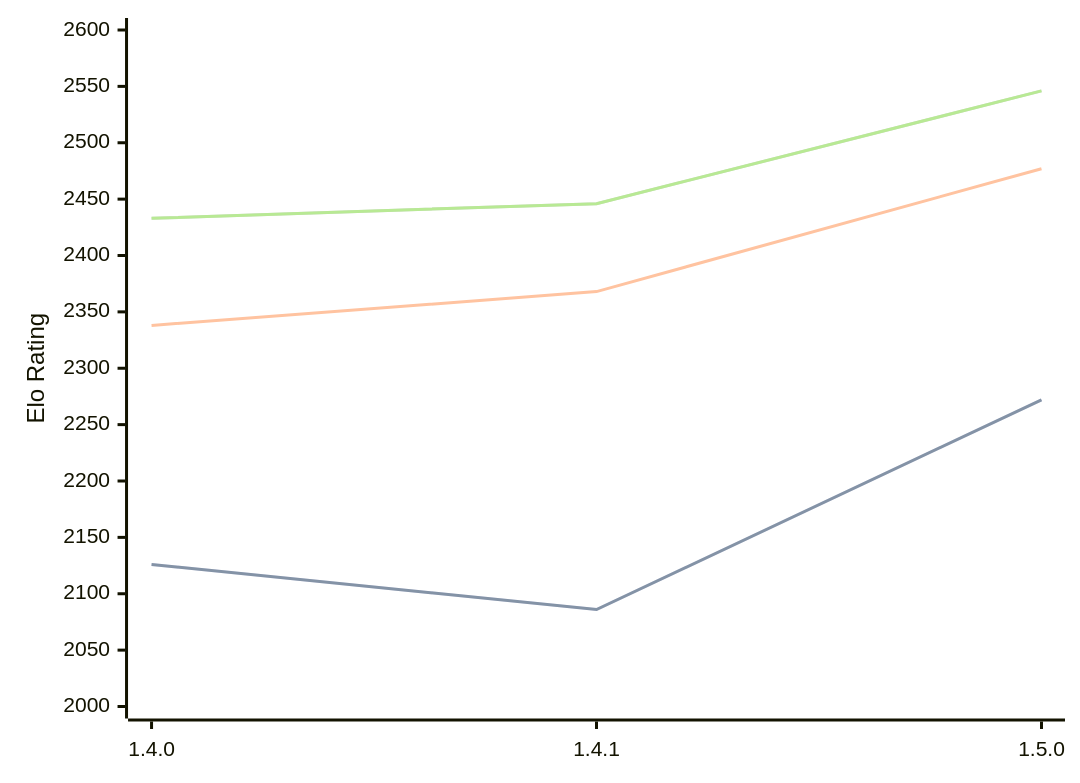
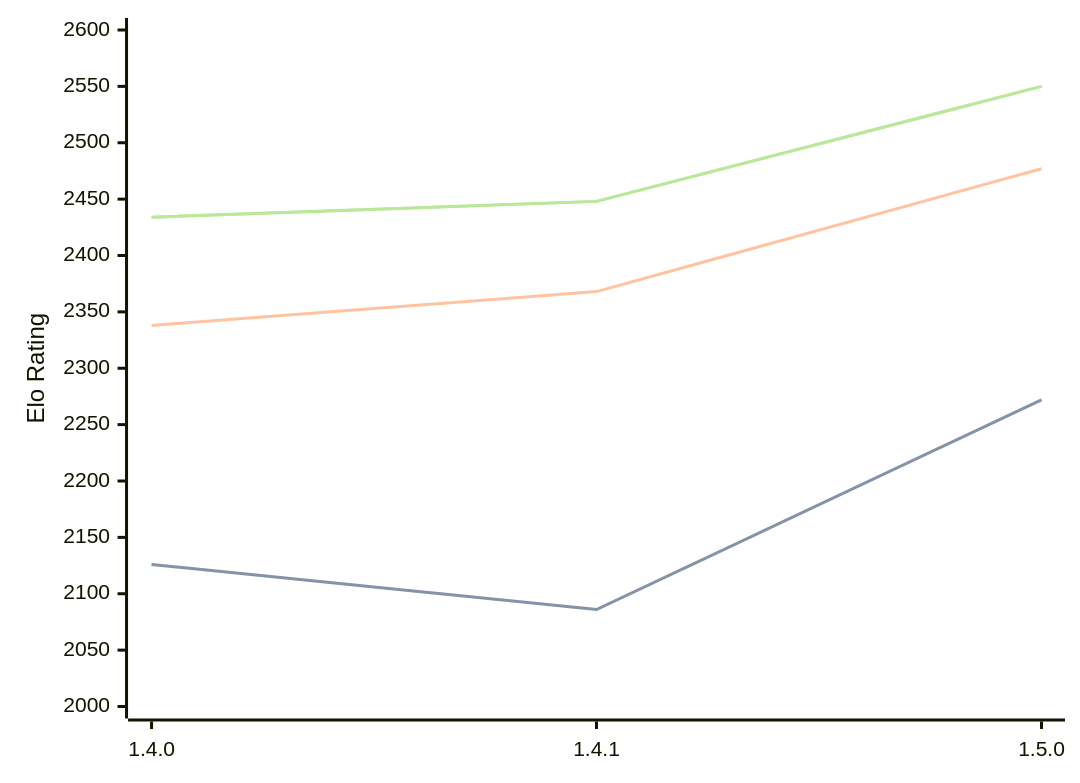
One commit to computer-chess-index/cci changed the diagram in engines/Tofiks.md. Above: the diagram before and after it, drawn with Mermaid. The commit also changed other lines of this file, not shown here.

Commit message:
Update CCI Ratings (ELO VLTC) - 2026-05-03

````diff
--- a/engines/Tofiks.md
+++ b/engines/Tofiks.md
@@ -37,11 +37,11 @@
 ```mermaid
 %%{init: {"theme":"base","themeVariables":{"seriesColors:['#a3a3a3','#222221','#faa371']}}}%%
 xychart-beta
   x-axis ["1.4.0", "1.4.1", "1.5.0"]
   y-axis "Elo Rating" 2000 --> 2600
   line "STC (8.0+0.08s)" [2126, 2086, 2272]
   line "STC (8.0+0.08s)" [2126, 2086, 2272]
   line "LTC (60.0+0.60s)" [2338, 2368, 2477]
-  line "VLTC (2m24s+1.12s)" [2433, 2446, 2546]
-  line "VLTC (2m24s+1.12s)" [2433, 2446, 2546]
+  line "VLTC (2m24s+1.12s)" [2434, 2448, 2550]
+  line "VLTC (2m24s+1.12s)" [2434, 2448, 2550]
 ```
````
